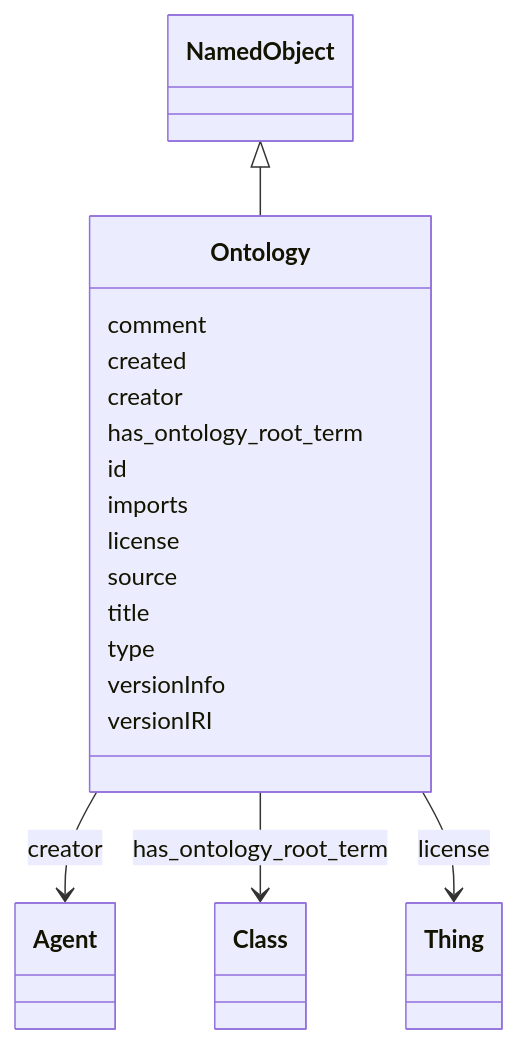
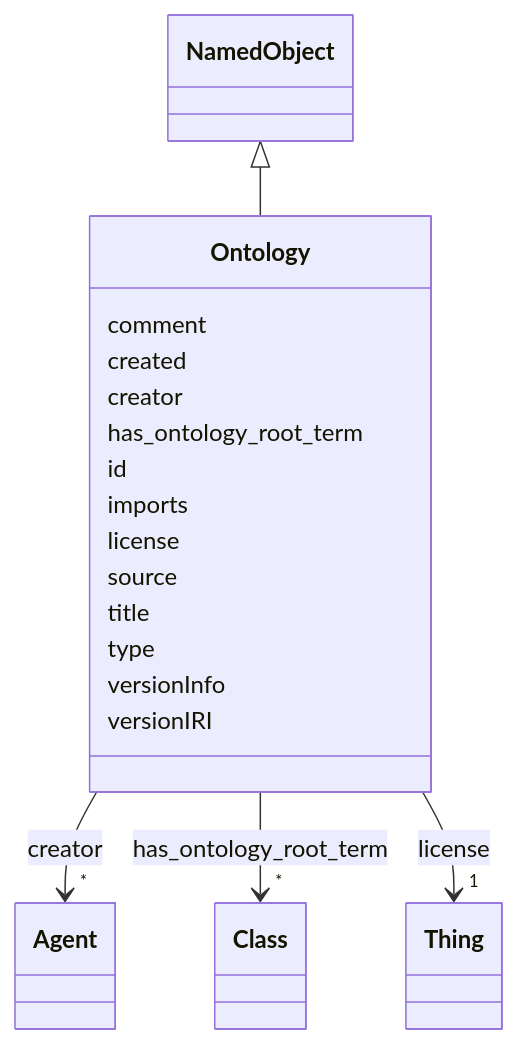
Before and after one commit to INCATools/ontology-access-kit: the diagram in ontology-metadata/Ontology.md, drawn with Mermaid. The commit also changed other lines of this file and 3329 other files, not shown here.

````diff
--- a/ontology-metadata/Ontology.md
+++ b/ontology-metadata/Ontology.md
@@ -17,37 +19,54 @@
 ```{mermaid}
  classDiagram
     class Ontology
+    click Ontology href "../Ontology"
       NamedObject <|-- Ontology
+        click NamedObject href "../NamedObject"
       
       Ontology : comment
         
       Ontology : created
         
       Ontology : creator
         
-          Ontology --> Agent : creator
+          
+    
+    
+    Ontology --> "*" Agent : creator
+    click Agent href "../Agent"
+
         
       Ontology : has_ontology_root_term
         
-          Ontology --> Class : has_ontology_root_term
+          
+    
+    
+    Ontology --> "*" Class : has_ontology_root_term
+    click Class href "../Class"
+
         
       Ontology : id
         
       Ontology : imports
         
       Ontology : license
         
-          Ontology --> Thing : license
+          
+    
+    
+    Ontology --> "1" Thing : license
+    click Thing href "../Thing"
+
         
       Ontology : source
         
       Ontology : title
         
       Ontology : type
         
       Ontology : versionInfo
         
       Ontology : versionIRI
         
       
 ```
````
